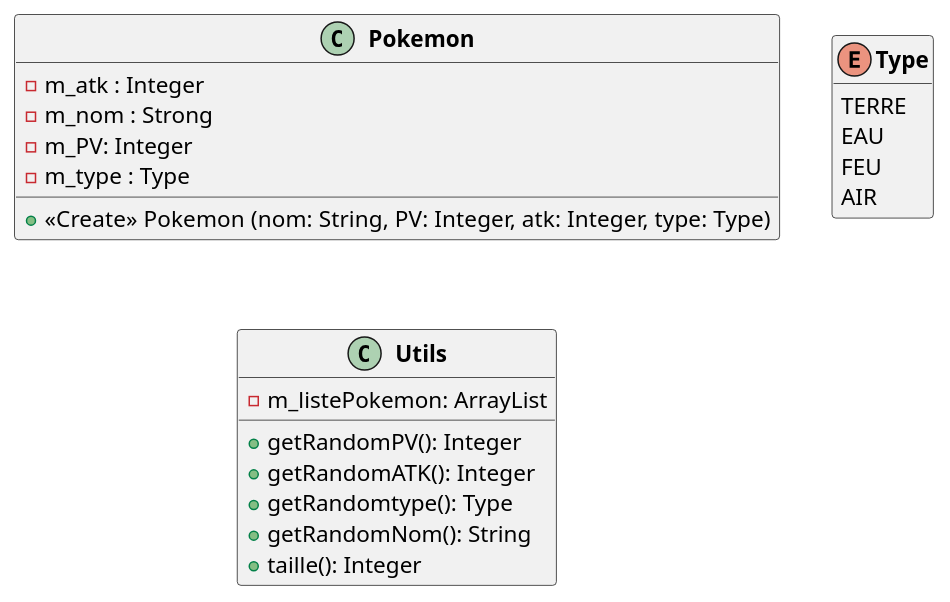
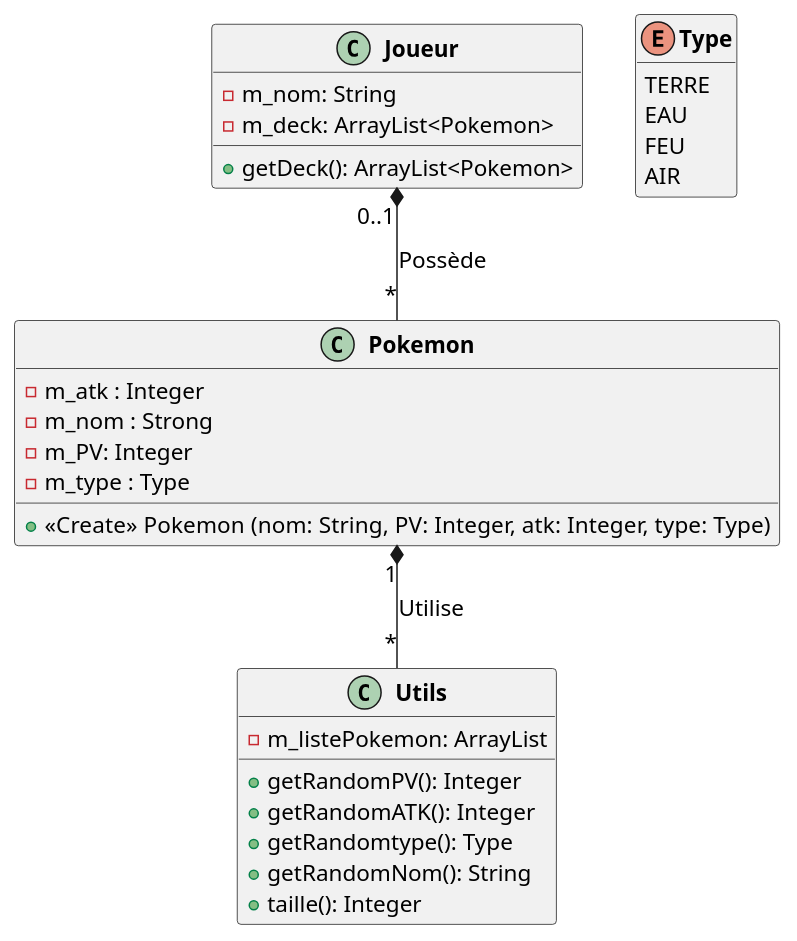
Before and after one commit to julot424/POOkemon: the diagram in uml/semaine1.puml, drawn with PlantUML.

Commit message:
UPDATE semaine1, ajout de la class Joueur et ajout des relations entre les classes

```diff
--- a/uml/semaine1.puml
+++ b/uml/semaine1.puml
@@ -1,33 +1,39 @@
 @startuml
 scale 1
 skinparam classFontStyle Bold
 skinparam defaultFontSize 15
 hide empty members
 skinparam classAttribute IconSize 0
 skinparam classFontStyle Bold
 hide enum methods
 
 
 class Pokemon{
     -m_atk : Integer
     -m_nom : Strong
     -m_PV: Integer
     -m_type : Type
     +<<Create>> Pokemon (nom: String, PV: Integer, atk: Integer, type: Type)
 }
 enum Type{
         TERRE
         EAU
         FEU
         AIR
 }
 class Utils{
     -m_listePokemon: ArrayList
     +getRandomPV(): Integer
     +getRandomATK(): Integer
     +getRandomtype(): Type
     +getRandomNom(): String
     +taille(): Integer
-
 }
+class Joueur{
+    -m_nom: String
+    -m_deck: ArrayList<Pokemon>
+    +getDeck(): ArrayList<Pokemon>
+}
+Pokemon "1" *-- "*" Utils : Utilise
+Joueur "0..1" *-- "*" Pokemon : Possède
 @enduml
```
